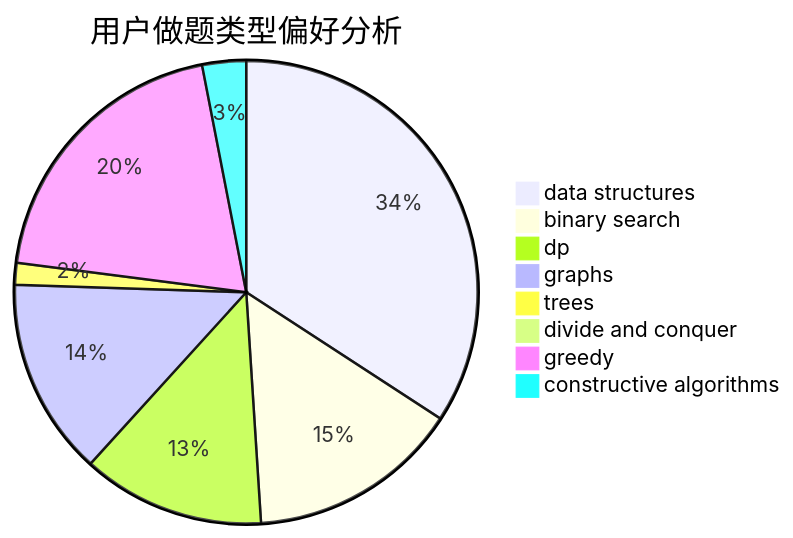
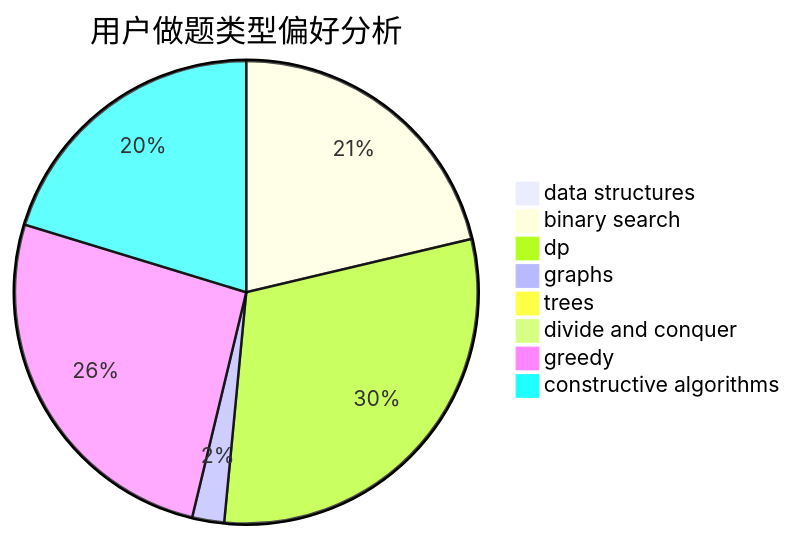
Before and after one commit to sherpahu/cfrs.github.io: the second of 3 diagrams in docs/user/u2626.md, drawn with Mermaid. The commit also changed other lines of this file and 2770 other files, not shown here.

````diff
--- a/docs/user/u2626.md
+++ b/docs/user/u2626.md
@@ -23,11 +23,11 @@
 ```mermaid
 pie title 用户做题类型偏好分析
-    "data structures" :  67
-    "binary search" :  29
-    "dp" :  25
-    "graphs" :  27
-    "trees" :  3
+    "data structures" :  4
+    "binary search" :  105
+    "dp" :  149
+    "graphs" :  11
+    "trees" :  0
     "divide and conquer" :  0
-    "greedy" :  39
-    "constructive algorithms" :  6
+    "greedy" :  128
+    "constructive algorithms" :  100
 ```
````
